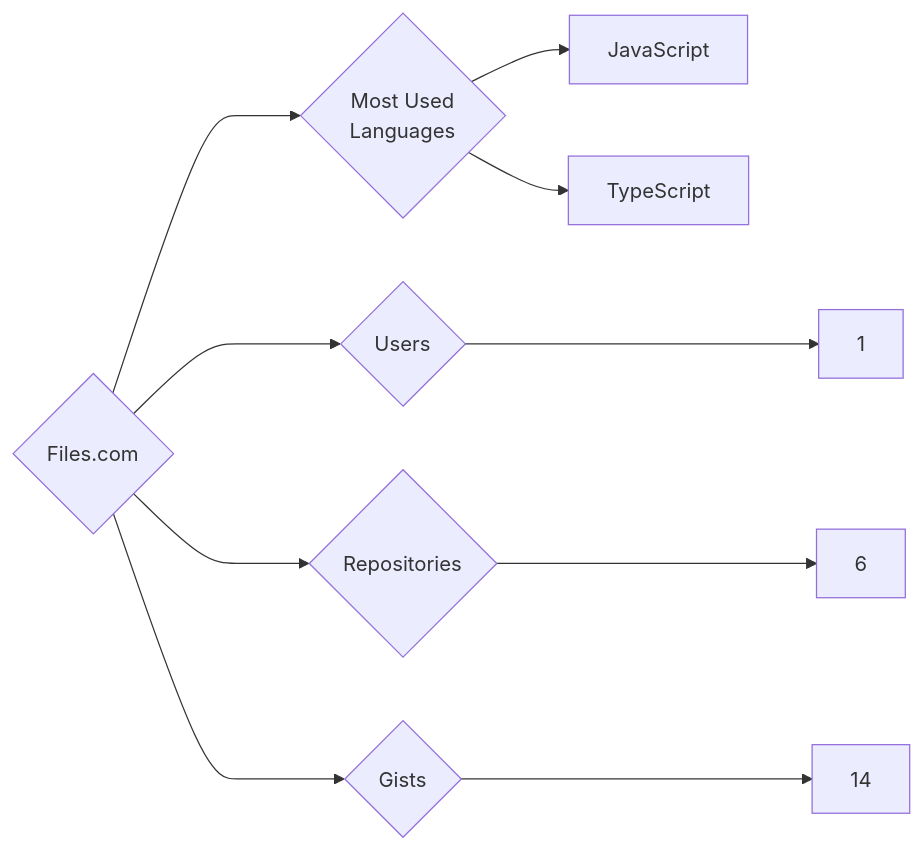
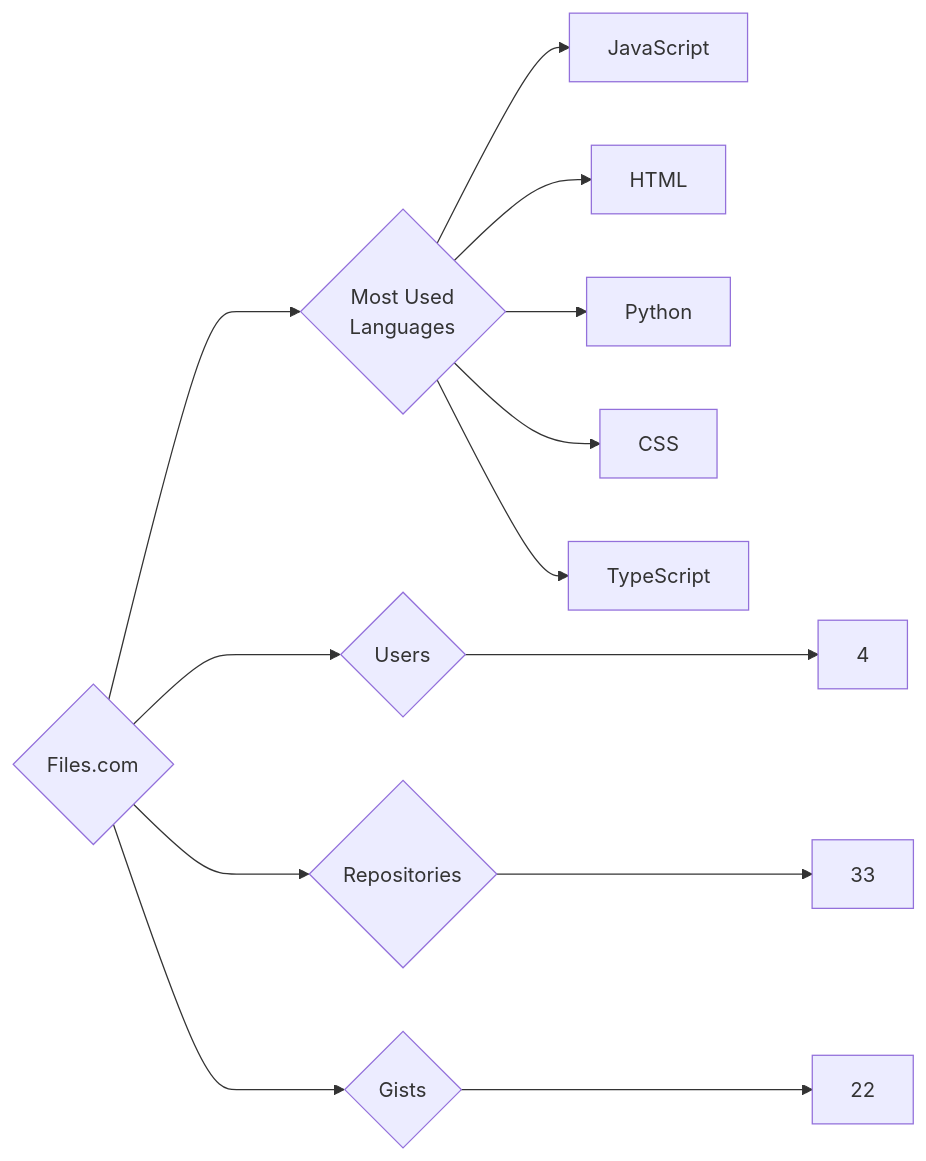
Before and after one commit to trickest/insiders: the diagram in targets/Files.com/README.md, drawn with Mermaid. The commit also changed 930 other files, not shown here.

````diff
--- a/targets/Files.com/README.md
+++ b/targets/Files.com/README.md
@@ -3,10 +3,13 @@
 ```mermaid
 graph LR
 COMPANY_NAME{Files.com}
-COMPANY_NAME ---> U{Users} ---> UN[1]
-COMPANY_NAME ---> R{Repositories} ---> RN[6]
-COMPANY_NAME ---> G{Gists} ---> GN[14]
+COMPANY_NAME ---> U{Users} ---> UN[4]
+COMPANY_NAME ---> R{Repositories} ---> RN[33]
+COMPANY_NAME ---> G{Gists} ---> GN[22]
 COMPANY_NAME ---> ML{Most Used<br>Languages}
 ML --> JavaScript[JavaScript]
+ML --> HTML[HTML]
+ML --> Python[Python]
+ML --> CSS[CSS]
 ML --> TypeScript[TypeScript]
 ```
````
